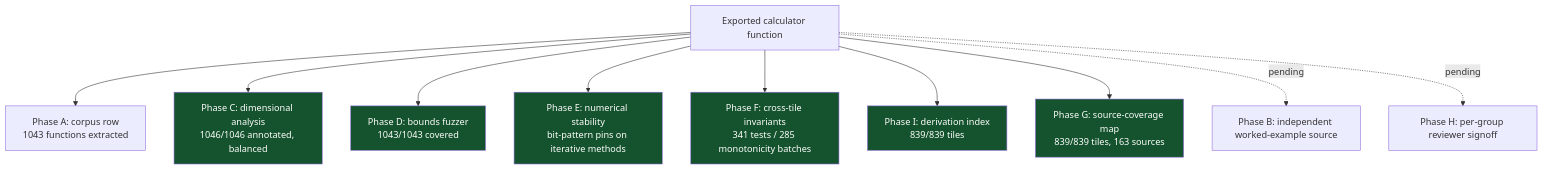
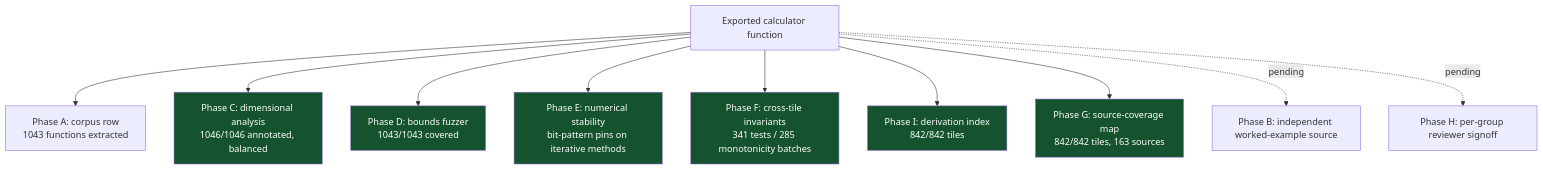
One commit to clay-good/roughlogic.com changed the sixth of 8 diagrams in README.md. Above: the diagram before and after it, drawn with Mermaid. The commit also changed other lines of this file and 18 other files, not shown here.

````diff
--- a/README.md
+++ b/README.md
@@ -519,18 +519,18 @@
 ```mermaid
 flowchart TB
     F[Exported calculator function] --> A[Phase A: corpus row\n1043 functions extracted]
     F --> C[Phase C: dimensional analysis\n1046/1046 annotated, balanced]
     F --> D[Phase D: bounds fuzzer\n1043/1043 covered]
     F --> E[Phase E: numerical stability\nbit-pattern pins on iterative methods]
     F --> Fa[Phase F: cross-tile invariants\n341 tests / 285 monotonicity batches]
-    F --> I[Phase I: derivation index\n839/839 tiles]
-    F --> G[Phase G: source-coverage map\n839/839 tiles, 163 sources]
+    F --> I[Phase I: derivation index\n842/842 tiles]
+    F --> G[Phase G: source-coverage map\n842/842 tiles, 163 sources]
     F -.pending.-> B[Phase B: independent worked-example source]
     F -.pending.-> H[Phase H: per-group reviewer signoff]
     style C fill:#14532d,color:#fff
     style D fill:#14532d,color:#fff
     style E fill:#14532d,color:#fff
     style Fa fill:#14532d,color:#fff
     style G fill:#14532d,color:#fff
     style I fill:#14532d,color:#fff
 ```
````
